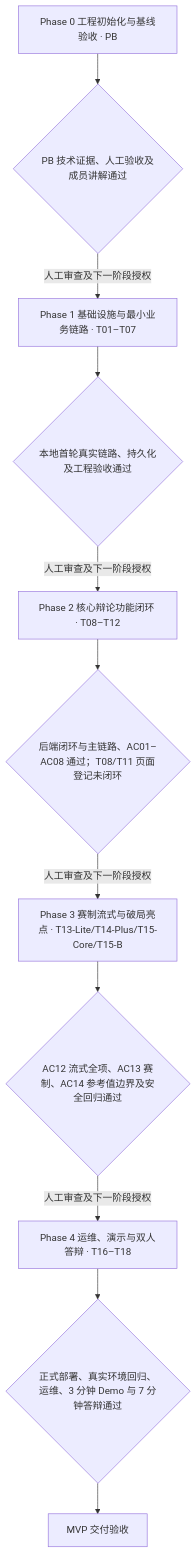
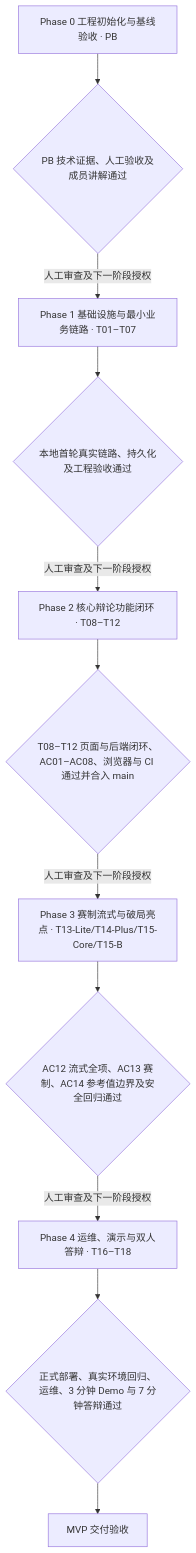
Before and after one commit to bingqilin456/DebateForge: the diagram in docs/planning/PLAN.md, drawn with Mermaid. The commit also changed other lines of this file and 16 other files, not shown here.

````diff
--- a/docs/planning/PLAN.md
+++ b/docs/planning/PLAN.md
@@ -57,13 +57,13 @@
 ```mermaid
 flowchart TD
     P0["Phase 0 工程初始化与基线验收 · PB"] --> G0{"PB 技术证据、人工验收及成员讲解通过"}
     G0 -->|人工审查及下一阶段授权| P1["Phase 1 基础设施与最小业务链路 · T01–T07"]
     P1 --> G1{"本地首轮真实链路、持久化及工程验收通过"}
     G1 -->|人工审查及下一阶段授权| P2["Phase 2 核心辩论功能闭环 · T08–T12"]
-    P2 --> G2{"后端闭环与主链路、AC01–AC08 通过；T08/T11 页面登记未闭环"}
+    P2 --> G2{"T08–T12 页面与后端闭环、AC01–AC08、浏览器与 CI 通过并合入 main"}
     G2 -->|人工审查及下一阶段授权| P3["Phase 3 赛制流式与破局亮点 · T13-Lite/T14-Plus/T15-Core/T15-B"]
     P3 --> G3{"AC12 流式全项、AC13 赛制、AC14 参考值边界及安全回归通过"}
     G3 -->|人工审查及下一阶段授权| P4["Phase 4 运维、演示与双人答辩 · T16–T18"]
     P4 --> G4{"正式部署、真实环境回归、运维、3 分钟 Demo 与 7 分钟答辩通过"}
     G4 --> D["MVP 交付验收"]
 ```
````
